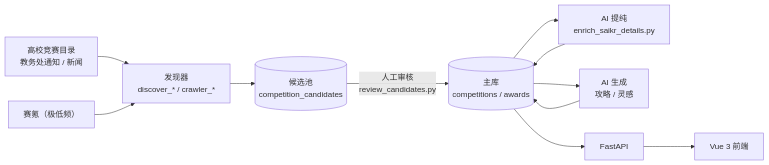
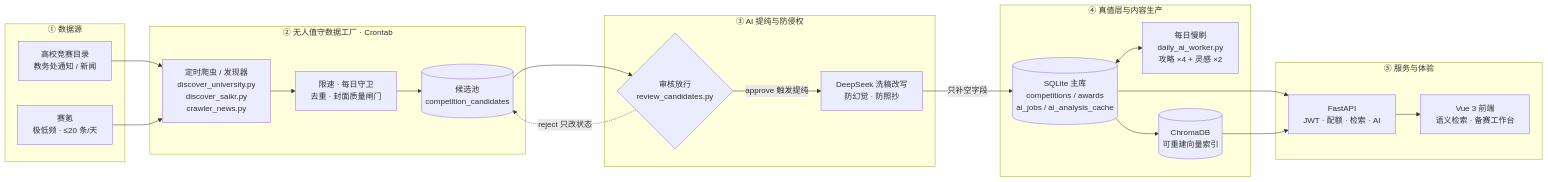
One commit to xiao520488/KuAo changed the diagram in README.md. Above: the diagram before and after it, drawn with Mermaid. The commit also changed other lines of this file and 17 other files, not shown here.

Commit message:
feat: 新增 AI 两字简称提取，优化前端无图卡片展示

````diff
--- a/README.md
+++ b/README.md
@@ -26,13 +169,42 @@
 ```mermaid
 flowchart LR
-    A["高校竞赛目录<br/>教务处通知 / 新闻"] --> D["发现器<br/>discover_* / crawler_*"]
-    C["赛氪（极低频）"] --> D
-    D --> P[("候选池<br/>competition_candidates")]
-    P -->|"人工审核<br/>review_candidates.py"| M[("主库<br/>competitions / awards")]
-    M --> E["AI 提纯<br/>enrich_saikr_details.py"]
-    E --> M
-    M --> G["AI 生成<br/>攻略 / 灵感"]
-    G --> M
-    M --> API["FastAPI"]
-    API --> WEB["Vue 3 前端"]
+    subgraph SRC["① 数据源"]
+        U["高校竞赛目录<br/>教务处通知 / 新闻"]
+        S["赛氪<br/>极低频 · ≤20 条/天"]
+    end
+
+    subgraph FACTORY["② 无人值守数据工厂 · Crontab"]
+        C["定时爬虫 / 发现器<br/>discover_university.py<br/>discover_saikr.py<br/>crawler_news.py"]
+        G["限速 · 每日守卫<br/>去重 · 封面质量闸门"]
+        P[("候选池<br/>competition_candidates")]
+    end
+
+    subgraph PURIFY["③ AI 提纯与防侵权"]
+        H{"审核放行<br/>review_candidates.py"}
+        R["DeepSeek 洗稿改写<br/>防幻觉 · 防照抄"]
+    end
+
+    subgraph CORE["④ 真值层与内容生产"]
+        DB[("SQLite 主库<br/>competitions / awards<br/>ai_jobs / ai_analysis_cache")]
+        W["每日慢刷<br/>daily_ai_worker.py<br/>攻略 ×4 + 灵感 ×2"]
+        V[("ChromaDB<br/>可重建向量索引")]
+    end
+
+    subgraph APP["⑤ 服务与体验"]
+        API["FastAPI<br/>JWT · 配额 · 检索 · AI"]
+        WEB["Vue 3 前端<br/>语义检索 · 备赛工作台"]
+    end
+
+    U --> C
+    S --> C
+    C --> G --> P
+    P --> H
+    H -->|"approve 触发提纯"| R
+    H -.->|"reject 只改状态"| P
+    R -->|"只补空字段"| DB
+    DB <--> W
+    DB --> V
+    DB --> API
+    V --> API
+    API --> WEB
 ```
````
